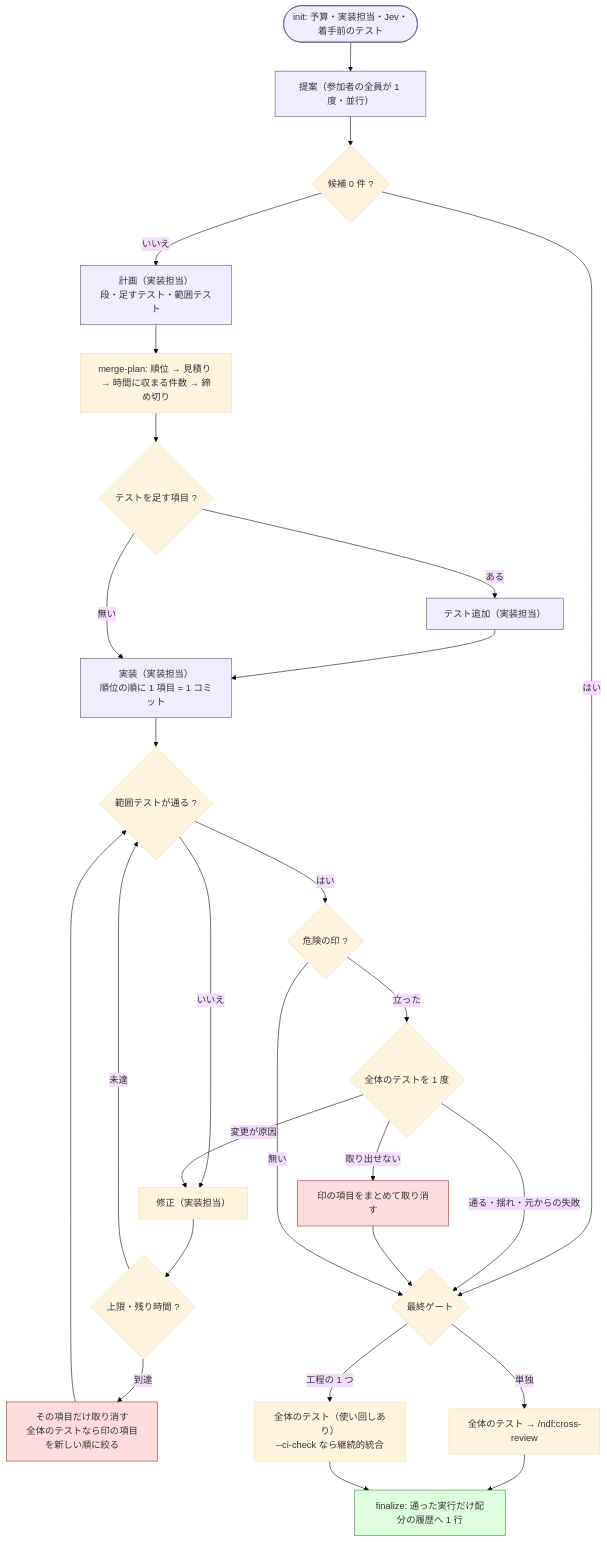
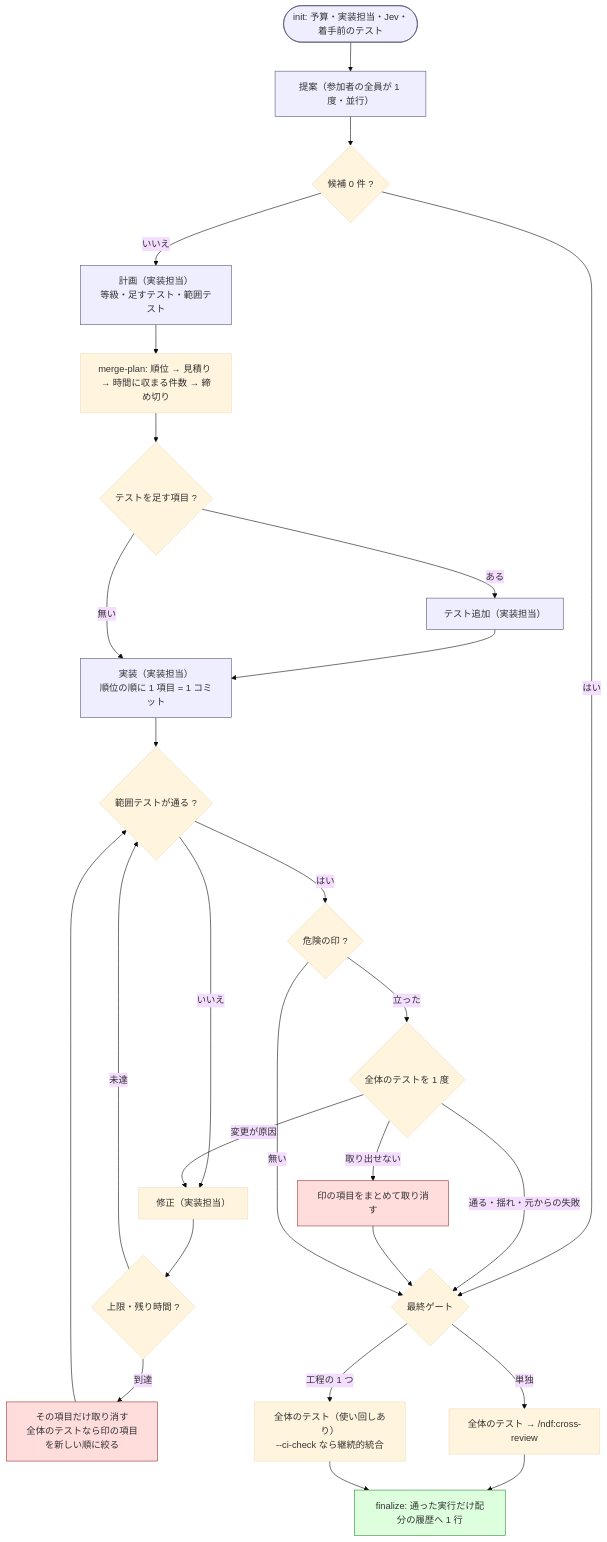
The diagram in plugins/ndf/skills/cross-refactoring/SKILL.md (devbasex/ai-plugins), drawn with Mermaid (base theme) before and after one commit. The commit also changed other lines of this file and 47 other files, not shown here.

````diff
--- a/plugins/ndf/skills/cross-refactoring/SKILL.md
+++ b/plugins/ndf/skills/cross-refactoring/SKILL.md
@@ -122,29 +122,29 @@
 ```mermaid
 flowchart TD
     Init([init: 予算・実装担当・Jev・着手前のテスト]):::phase --> P
     P["提案（参加者の全員が 1 度・並行）"]:::phase --> MP{"候補 0 件 ?"}
     MP -->|はい| Gate
-    MP -->|いいえ| Plan["計画（実装担当）<br/>段・足すテスト・範囲テスト"]:::phase
+    MP -->|いいえ| Plan["計画（実装担当）<br/>等級・足すテスト・範囲テスト"]:::phase
     Plan --> Sel["merge-plan: 順位 → 見積り → 時間に収まる件数 → 締め切り"]
     Sel --> T{"テストを足す項目 ?"}
     T -->|ある| AT["テスト追加（実装担当）"]:::phase --> Impl
     T -->|無い| Impl["実装（実装担当）<br/>順位の順に 1 項目 = 1 コミット"]:::phase
     Impl --> V{"範囲テストが通る ?"}
     V -->|いいえ| Fix["修正（実装担当）"] --> Cap{"上限・残り時間 ?"}
     Cap -->|未達| V
     Cap -->|到達| Drop["その項目だけ取り消す<br/>全体のテストなら印の項目を新しい順に絞る"]:::stop --> V
     V -->|はい| D{"危険の印 ?"}
     D -->|立った| W{"全体のテストを 1 度"}
     W -->|通る・揺れ・元からの失敗| Gate
     W -->|変更が原因| Fix
     W -->|取り出せない| DropAll["印の項目をまとめて取り消す"]:::stop --> Gate
     D -->|無い| Gate{"最終ゲート"}
     Gate -->|単独| CR["全体のテスト → /ndf:cross-review"]
     Gate -->|工程の 1 つ| Whole["全体のテスト（使い回しあり）<br/>--ci-check なら継続的統合"]
     CR --> Fin["finalize: 通った実行だけ配分の履歴へ 1 行"]:::ok
     Whole --> Fin
 
     classDef phase fill:#eef,stroke:#557
     classDef ok fill:#dfd,stroke:#383
     classDef stop fill:#fdd,stroke:#933
 ```
````
